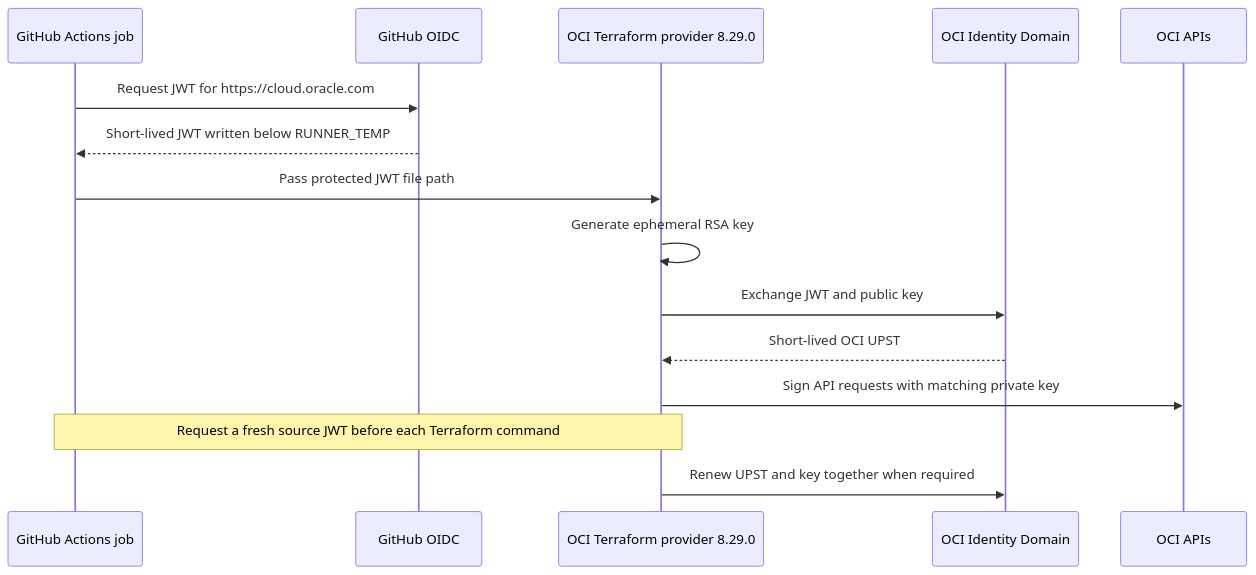
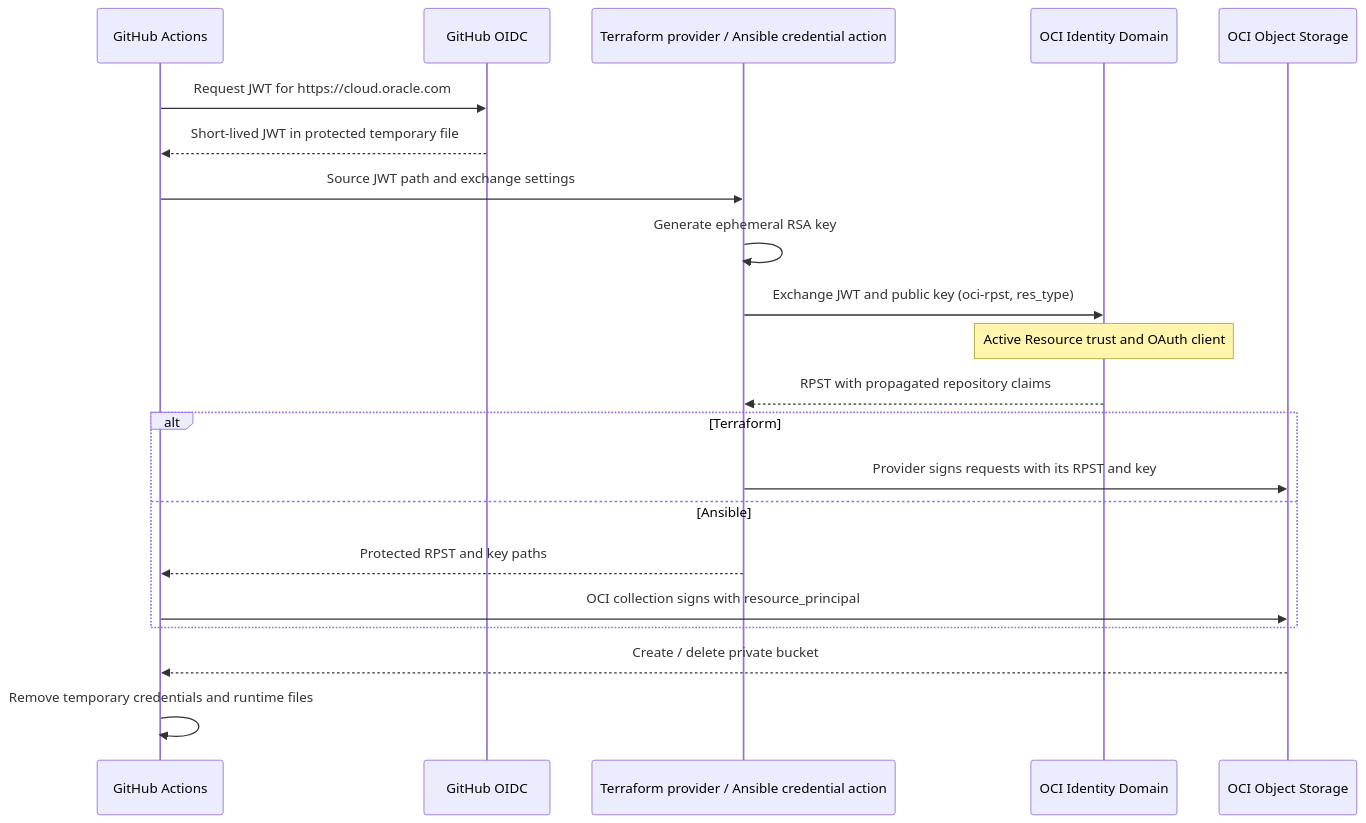
One commit to dgutierrezcolodra/oci-terraform-github-actions-wif-example changed the diagram in README.md. Above: the diagram before and after it, drawn with Mermaid. The commit also changed other lines of this file and 27 other files, not shown here.

Commit message:
feat(rpst): provide Terraform and Ansible bucket references

````diff
--- a/README.md
+++ b/README.md
@@ -24,18 +23,24 @@
 ```mermaid
 sequenceDiagram
-    participant Job as GitHub Actions job
+    participant Job as GitHub Actions
     participant GitHub as GitHub OIDC
-    participant Provider as OCI Terraform provider 8.29.0
+    participant Runtime as Terraform provider / Ansible credential action
     participant Domain as OCI Identity Domain
-    participant OCI as OCI APIs
+    participant OCI as OCI Object Storage
 
     Job->>GitHub: Request JWT for https://cloud.oracle.com
-    GitHub-->>Job: Short-lived JWT written below RUNNER_TEMP
-    Job->>Provider: Pass protected JWT file path
-    Provider->>Provider: Generate ephemeral RSA key
-    Provider->>Domain: Exchange JWT and public key
-    Domain-->>Provider: Short-lived OCI UPST
-    Provider->>OCI: Sign API requests with matching private key
-    Note over Job,Provider: Request a fresh source JWT before each Terraform command
-    Provider->>Domain: Renew UPST and key together when required
+    GitHub-->>Job: Short-lived JWT in protected temporary file
+    Job->>Runtime: Source JWT path and exchange settings
+    Runtime->>Runtime: Generate ephemeral RSA key
+    Runtime->>Domain: Exchange JWT and public key (oci-rpst, res_type)
+    Note over Domain: Active Resource trust and OAuth client
+    Domain-->>Runtime: RPST with propagated repository claims
+    alt Terraform
+        Runtime->>OCI: Provider signs requests with its RPST and key
+    else Ansible
+        Runtime-->>Job: Protected RPST and key paths
+        Job->>OCI: OCI collection signs with resource_principal
+    end
+    OCI-->>Job: Create / delete private bucket
+    Job->>Job: Remove temporary credentials and runtime files
 ```
````
